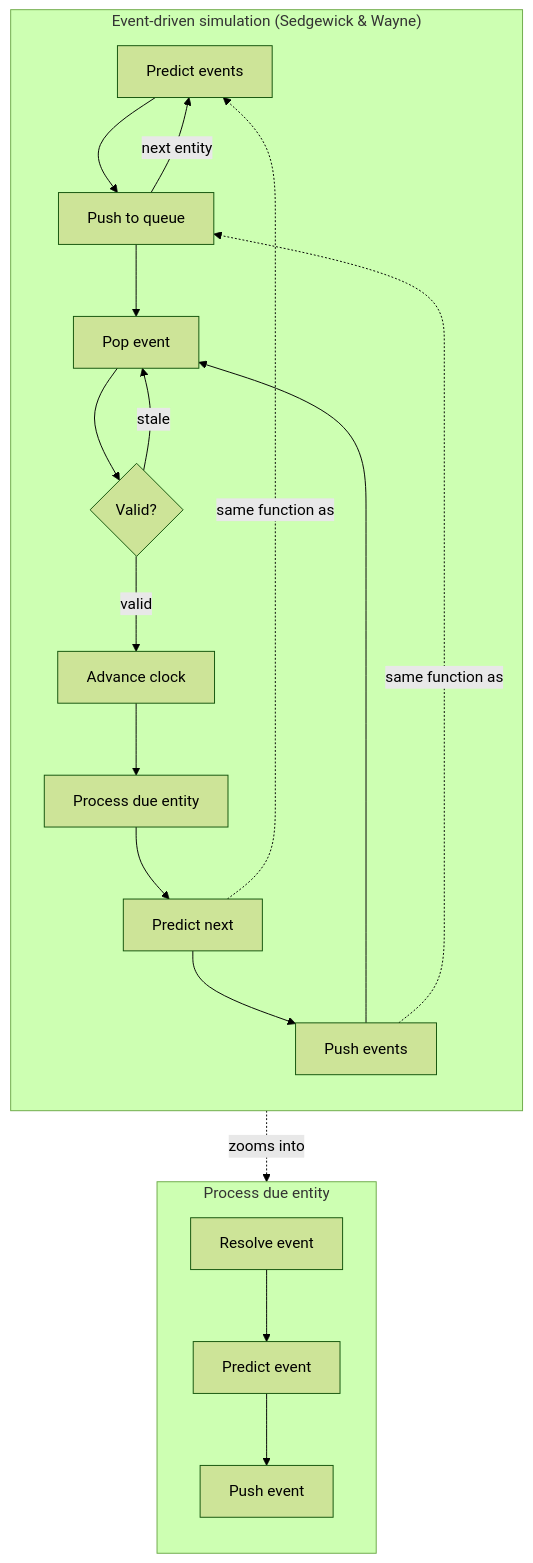
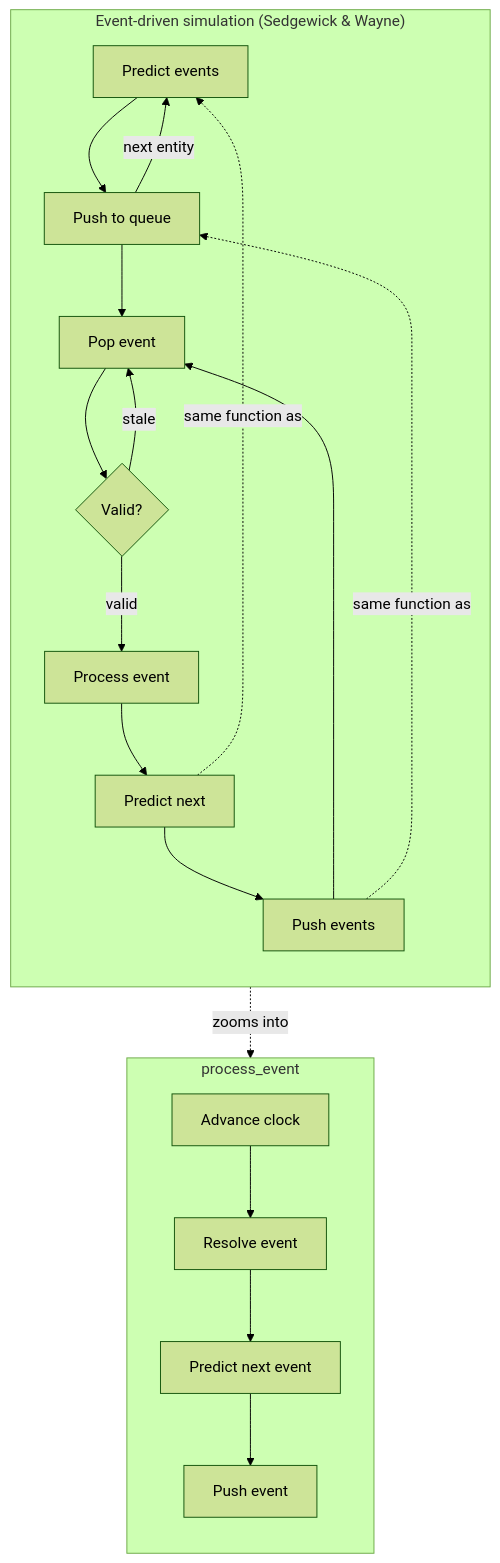
One commit to zhafen/story-simulator changed the second of 2 diagrams in docs/architecture.md. Above: the diagram before and after it, drawn with Mermaid (forest theme). The commit also changed other lines of this file and 3 other files, not shown here.

First line of the commit message:
Remove the _process_due_entity dispatch seam and tighten the event-loop steps

````diff
--- a/docs/architecture.md
+++ b/docs/architecture.md
@@ -86,25 +88,24 @@
 ```mermaid
 flowchart TD
-    subgraph Turn["Process due entity"]
+    subgraph Turn["process_event"]
         direction TB
-        RBE[Resolve event] --> PRED2[Predict event] --> PUSH2[Push event]
+        ADV[Advance clock] --> RBE[Resolve event] --> PRED2[Predict next event] --> PUSH2[Push event]
     end
 
     subgraph Event["Event-driven simulation (Sedgewick & Wayne)"]
         direction TB
         I1[Predict events] --> I2[Push to queue]
         I2 -- next entity --> I1
         I2 --> L1[Pop event]
         L1 --> V{Valid?}
         V -- stale --> L1
-        V -- valid --> ADV[Advance clock]
-        ADV --> PROC[Process due entity]
+        V -- valid --> PROC[Process event]
         PROC --> PRED[Predict next]
         PRED --> PUSH[Push events]
         PUSH --> L1
     end
 
     PROC -. zooms into .-> Turn
     PRED -. same function as .-> I1
     PUSH -. same function as .-> I2
 ```
````
